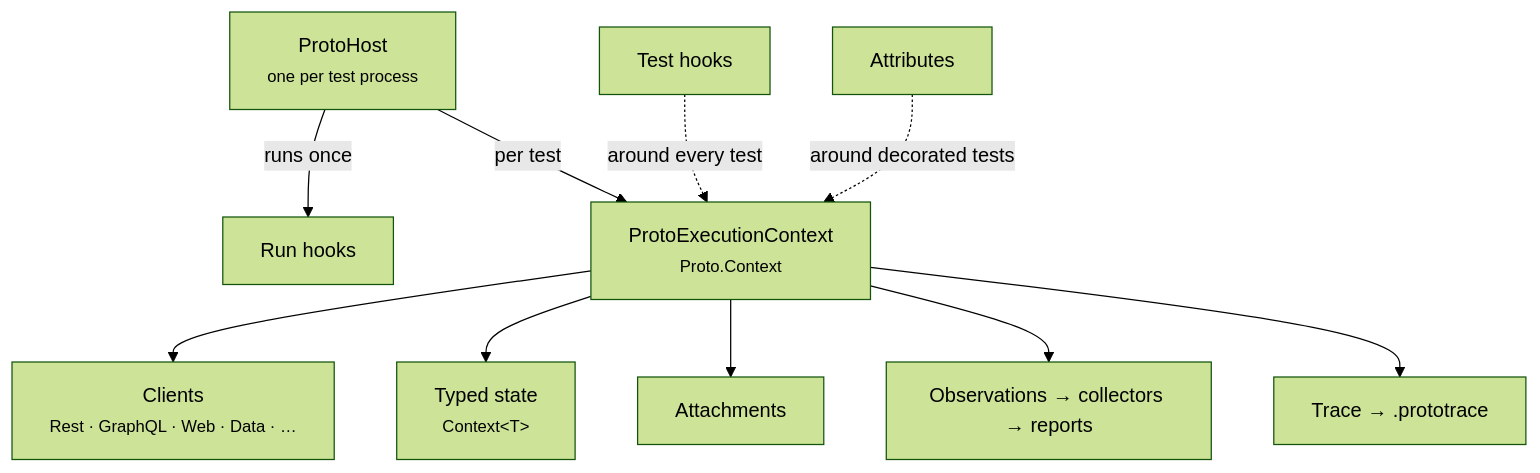
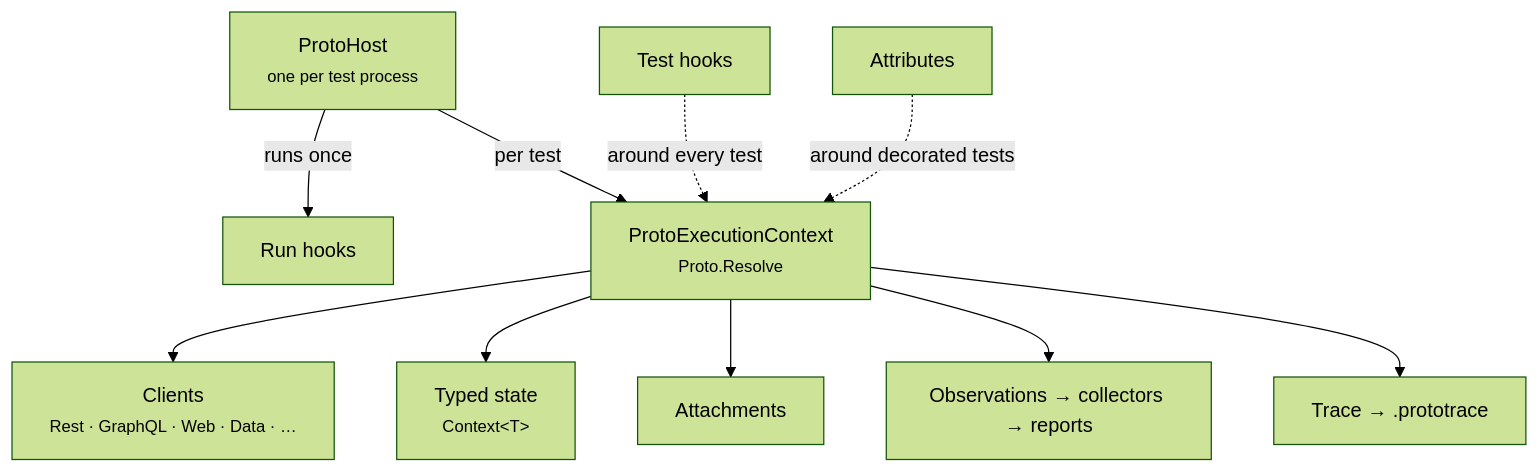
Before and after one commit to MSeys/ProtoTest: the diagram in docs/docs/foundation/overview.md, drawn with Mermaid (forest theme). The commit also changed other lines of this file and 301 other files, not shown here.

````diff
--- a/docs/docs/foundation/overview.md
+++ b/docs/docs/foundation/overview.md
@@ -10,13 +10,13 @@
 ```mermaid
 flowchart TB
     Host["ProtoHost<br/><small>one per test process</small>"]
     Host -->|runs once| RunHooks["Run hooks"]
-    Host -->|per test| Context["ProtoExecutionContext<br/><small>Proto.Context</small>"]
+    Host -->|per test| Context["ProtoExecutionContext<br/><small>Proto.Resolve</small>"]
     Context --> Clients["Clients<br/><small>Rest · GraphQL · Web · Data · …</small>"]
     Context --> State["Typed state<br/><small>Context&lt;T&gt;</small>"]
     Context --> Attachments["Attachments"]
     Context --> Observations["Observations → collectors → reports"]
     Context --> Trace["Trace → .prototrace"]
     TestHooks["Test hooks"] -.around every test.-> Context
     Attributes["Attributes"] -.around decorated tests.-> Context
 ```
````
